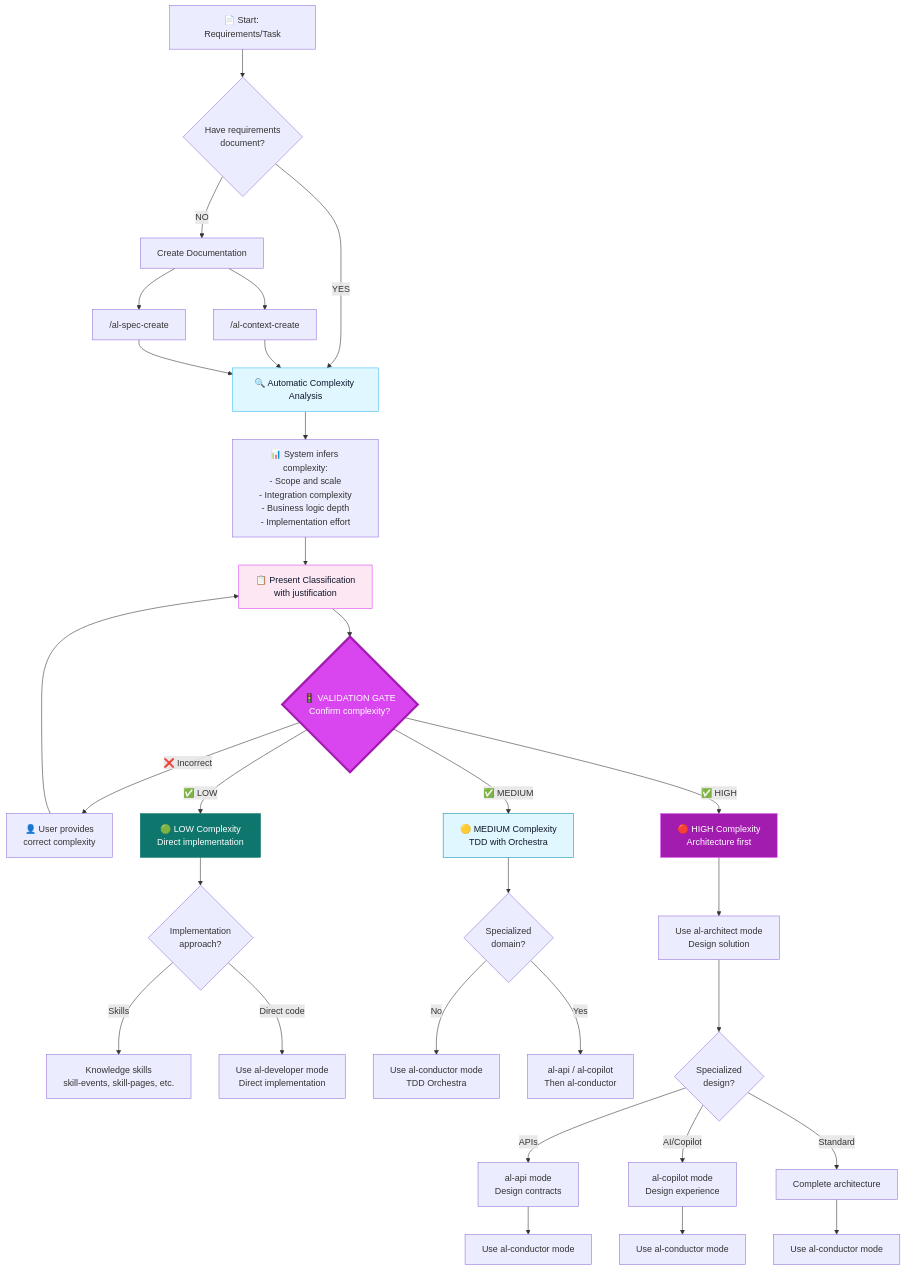
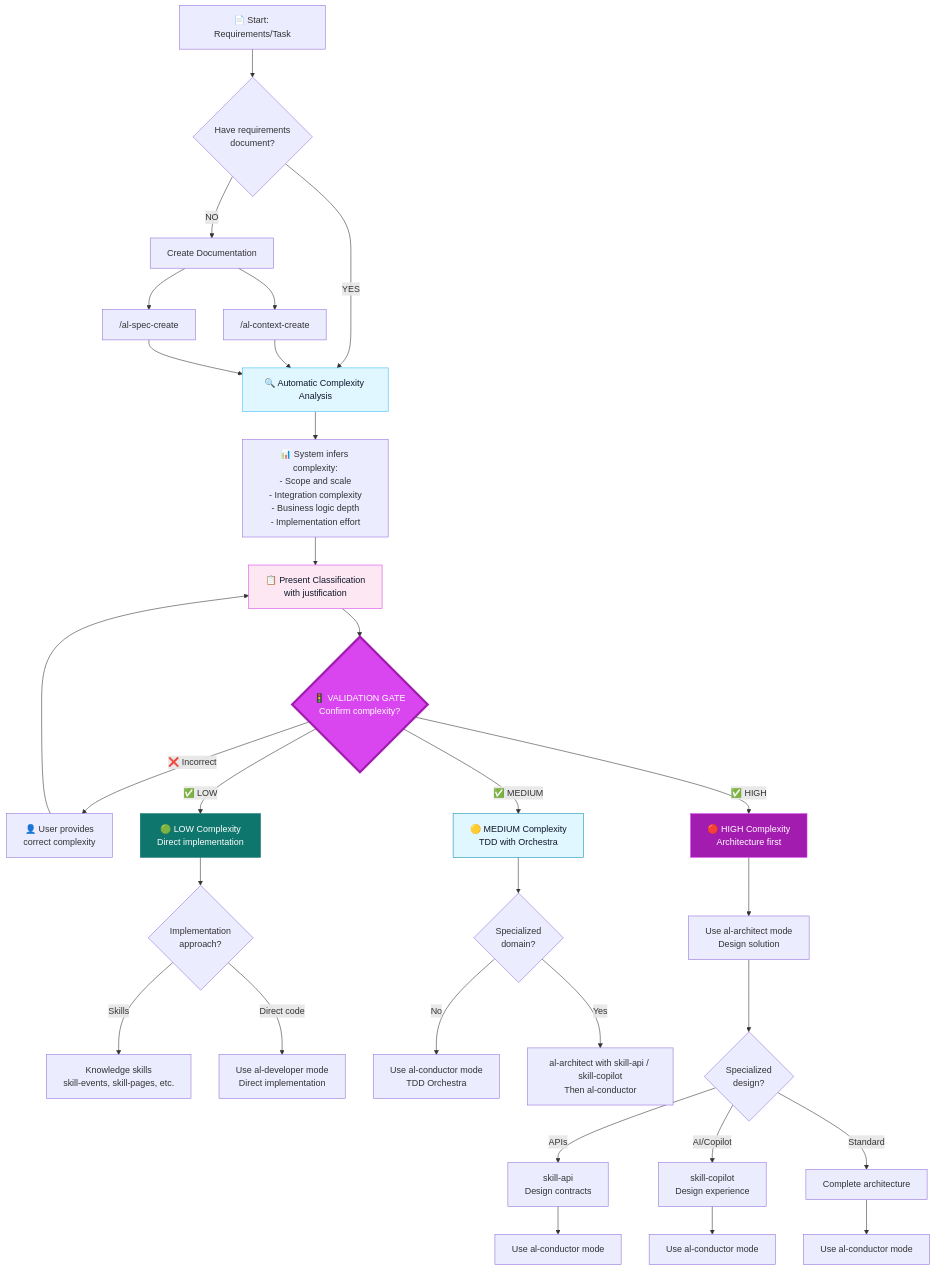
Before and after one commit to javiarmesto/ALDC-AL-Development-Collection: the first of 6 diagrams in docs/workflows/complete-development-flow.md, drawn with Mermaid. The commit also changed other lines of this file and 3 other files, not shown here.

````diff
--- a/docs/workflows/complete-development-flow.md
+++ b/docs/workflows/complete-development-flow.md
@@ -15,49 +15,49 @@
 ```mermaid
 graph TD
     A[📄 Start: Requirements/Task] --> B{Have requirements<br/>document?}
     B -->|NO| CreateDoc[Create Documentation]
     CreateDoc --> Doc1["/al-context-create"]
     CreateDoc --> Doc2["/al-spec-create"]
     
     B -->|YES| Analyze[🔍 Automatic Complexity Analysis]
     Doc1 --> Analyze
     Doc2 --> Analyze
     
     Analyze --> Infer["📊 System infers complexity:<br/>- Scope and scale<br/>- Integration complexity<br/>- Business logic depth<br/>- Implementation effort"]
     
     Infer --> Present["📋 Present Classification<br/>with justification"]
     
     Present --> Gate{"🚦 VALIDATION GATE<br/>Confirm complexity?"}
     
     Gate -->|"❌ Incorrect"| UserCorrect["👤 User provides<br/>correct complexity"]
     UserCorrect --> Present
     
     Gate -->|"✅ LOW"| Low["🟢 LOW Complexity<br/>Direct implementation"]
     Gate -->|"✅ MEDIUM"| Med["🟡 MEDIUM Complexity<br/>TDD with Orchestra"]
     Gate -->|"✅ HIGH"| High["🔴 HIGH Complexity<br/>Architecture first"]
     
     Low --> LowOpt{Implementation<br/>approach?}
     LowOpt -->|Skills| LowWork["Knowledge skills<br/>skill-events, skill-pages, etc."]
     LowOpt -->|Direct code| LowDev["Use al-developer mode<br/>Direct implementation"]
     
     Med --> MedSpec{Specialized<br/>domain?}
     MedSpec -->|No| MedCond["Use al-conductor mode<br/>TDD Orchestra"]
-    MedSpec -->|Yes| MedSpecAgent["al-api / al-copilot<br/>Then al-conductor"]
+    MedSpec -->|Yes| MedSpecAgent["al-architect with skill-api / skill-copilot<br/>Then al-conductor"]
     
     High --> HighArch["Use al-architect mode<br/>Design solution"]
     HighArch --> HighSpec{Specialized<br/>design?}
-    HighSpec -->|APIs| HighAPI["al-api mode<br/>Design contracts"]
-    HighSpec -->|AI/Copilot| HighCopilot["al-copilot mode<br/>Design experience"]
+    HighSpec -->|APIs| HighAPI["skill-api<br/>Design contracts"]
+    HighSpec -->|AI/Copilot| HighCopilot["skill-copilot<br/>Design experience"]
     HighSpec -->|Standard| HighStd["Complete architecture"]
     
     HighAPI --> HighCond1["Use al-conductor mode"]
     HighCopilot --> HighCond2["Use al-conductor mode"]
     HighStd --> HighCond3["Use al-conductor mode"]
     
     style Gate fill:#D946EF,stroke:#A21CAF,stroke-width:4px,color:#fff
     style Low fill:#0F766E,stroke:#0F766E,color:#fff
     style Med fill:#E0F7FF,stroke:#0891B2,color:#0F172A
     style High fill:#A21CAF,stroke:#D946EF,color:#fff
     style Analyze fill:#E0F7FF,stroke:#38BDF8,color:#0F172A
     style Present fill:#FCE7F3,stroke:#D946EF,color:#0F172A
 ```
````
